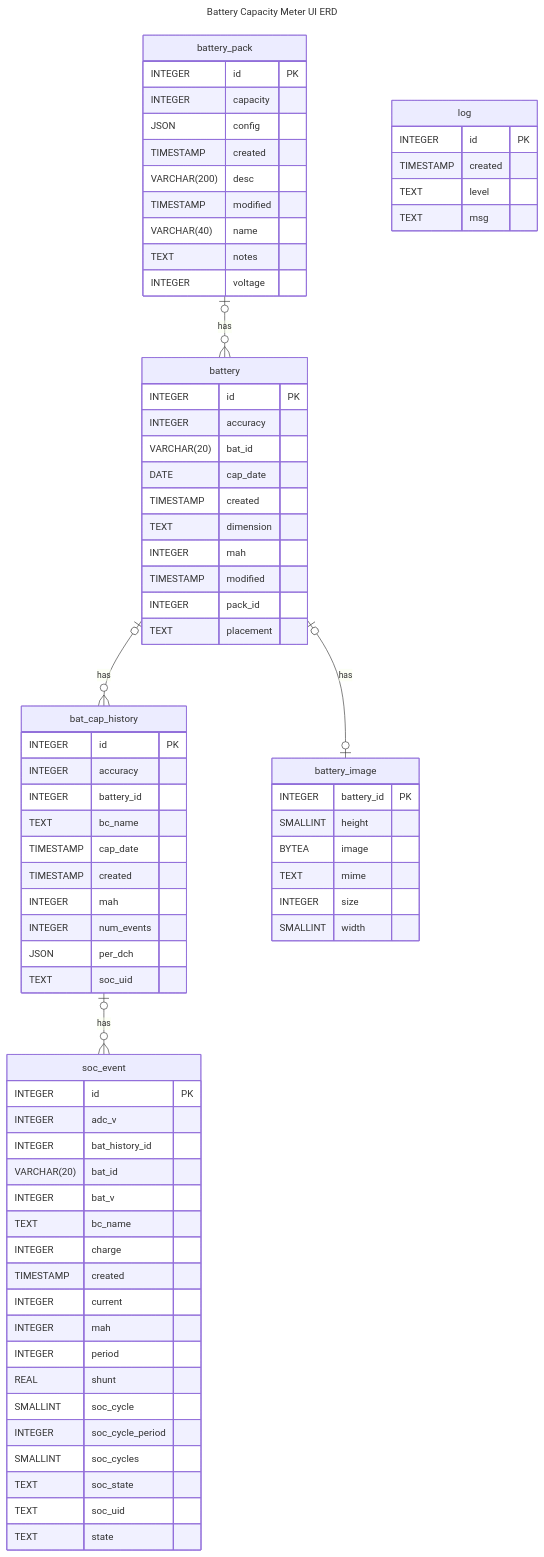
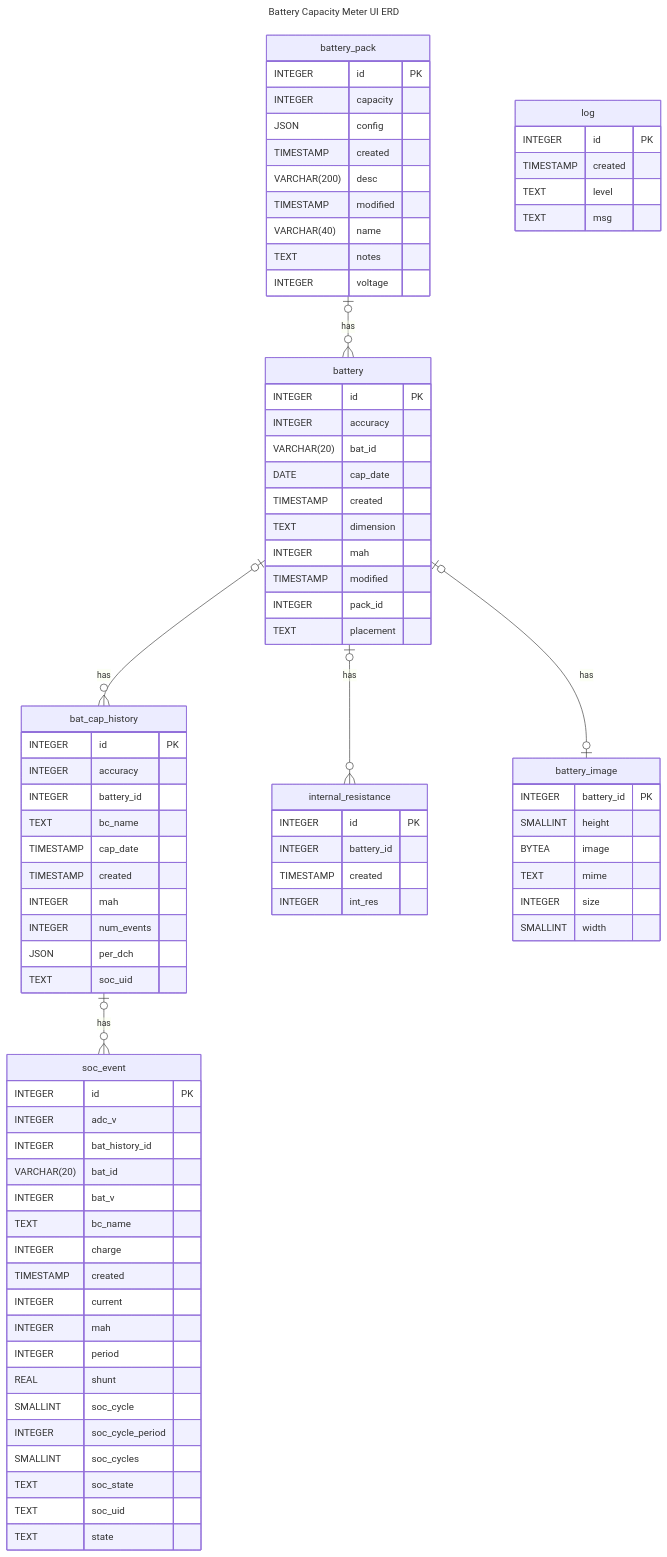
One commit to fitzterra/battery-capacity-meter-ui changed the diagram in doc/ERD.md. Above: the diagram before and after it, drawn with Mermaid. The commit also changed 12 other files, not shown here.

Commit message:
Record and view Battery Internal Resistance

```diff
--- a/doc/ERD.md
+++ b/doc/ERD.md
@@ -66,6 +66,12 @@
    TEXT level 
    TEXT msg 
 }
+internal_resistance {
+ INTEGER id PK
+   INTEGER battery_id 
+   TIMESTAMP created 
+   INTEGER int_res 
+}
 battery_image {
  INTEGER battery_id PK
    SMALLINT height 
@@ -77,6 +83,7 @@
 bat_cap_history one or zero--0+ soc_event : has
 battery one or zero--0+ bat_cap_history : has
 battery_pack one or zero--0+ battery : has
+battery one or zero--0+ internal_resistance : has
 battery one or zero--zero or one battery_image : has
 
 
```
